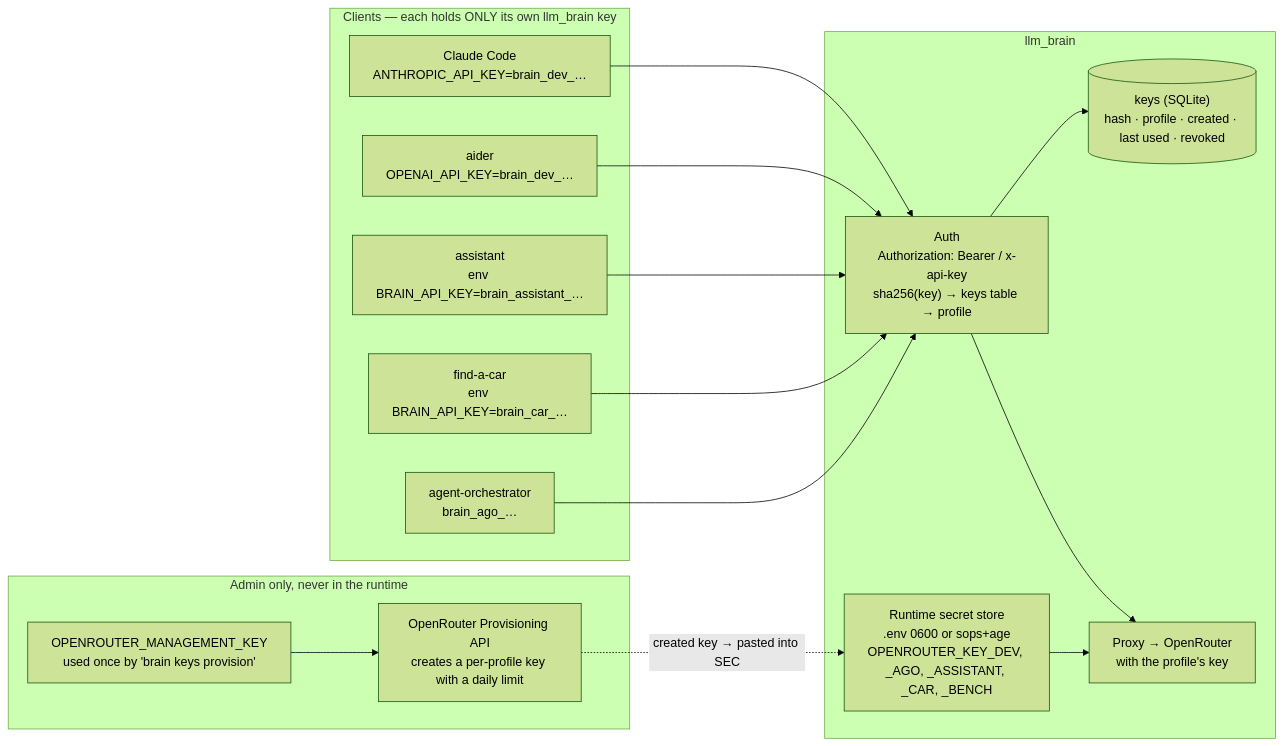
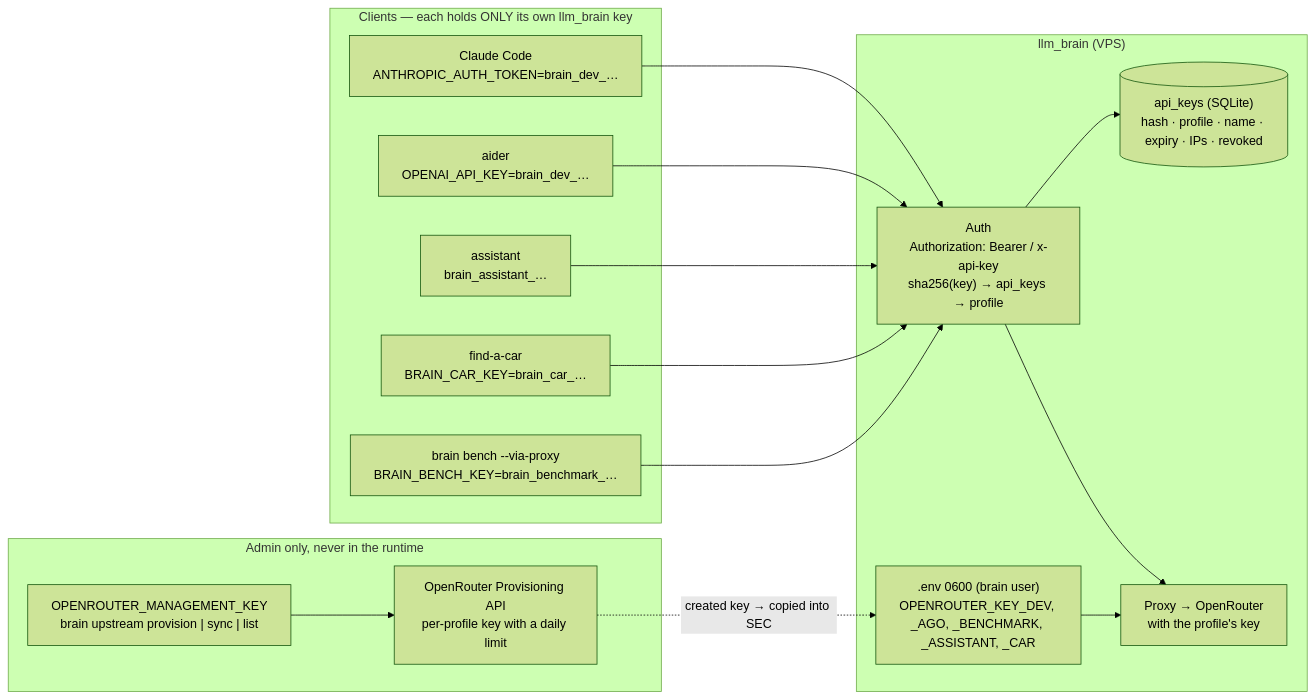
Before and after one commit to pjcau/llm_brain: the diagram in docs/architecture/secrets.md, drawn with Mermaid (forest theme). The commit also changed other lines of this file and 42 other files, not shown here.

````diff
--- a/docs/architecture/secrets.md
+++ b/docs/architecture/secrets.md
@@ -12,27 +11,27 @@
 ```mermaid
 flowchart LR
     subgraph CLIENTS["Clients — each holds ONLY its own llm_brain key"]
-        CC["Claude Code<br/>ANTHROPIC_API_KEY=brain_dev_…"]
+        CC["Claude Code<br/>ANTHROPIC_AUTH_TOKEN=brain_dev_…"]
         AID["aider<br/>OPENAI_API_KEY=brain_dev_…"]
-        AST["assistant<br/>env BRAIN_API_KEY=brain_assistant_…"]
-        CAR["find-a-car<br/>env BRAIN_API_KEY=brain_car_…"]
-        AGO["agent-orchestrator<br/>brain_ago_…"]
+        AST["assistant<br/>brain_assistant_…"]
+        CAR["find-a-car<br/>BRAIN_CAR_KEY=brain_car_…"]
+        BEN["brain bench --via-proxy<br/>BRAIN_BENCH_KEY=brain_benchmark_…"]
     end
 
-    subgraph BRAIN["llm_brain"]
-        AUTH["Auth<br/>Authorization: Bearer / x-api-key<br/>sha256(key) → keys table → profile"]
-        KEYS[("keys (SQLite)<br/>hash · profile · created · last used · revoked")]
-        SEC["Runtime secret store<br/>.env 0600 or sops+age<br/>OPENROUTER_KEY_DEV, _AGO, _ASSISTANT, _CAR, _BENCH"]
+    subgraph BRAIN["llm_brain (VPS)"]
+        AUTH["Auth<br/>Authorization: Bearer / x-api-key<br/>sha256(key) → api_keys → profile"]
+        KEYS[("api_keys (SQLite)<br/>hash · profile · name · expiry · IPs · revoked")]
+        SEC[".env 0600 (brain user)<br/>OPENROUTER_KEY_DEV, _AGO, _BENCHMARK, _ASSISTANT, _CAR"]
         PRX["Proxy → OpenRouter<br/>with the profile's key"]
     end
 
     subgraph ADMIN["Admin only, never in the runtime"]
-        MGMT["OPENROUTER_MANAGEMENT_KEY<br/>used once by 'brain keys provision'"]
-        PROV["OpenRouter Provisioning API<br/>creates a per-profile key with a daily limit"]
+        MGMT["OPENROUTER_MANAGEMENT_KEY<br/>brain upstream provision | sync | list"]
+        PROV["OpenRouter Provisioning API<br/>per-profile key with a daily limit"]
     end
 
-    CC & AID & AST & CAR & AGO --> AUTH --> KEYS
+    CC & AID & AST & CAR & BEN --> AUTH --> KEYS
     AUTH --> PRX
     SEC --> PRX
-    MGMT --> PROV -. "created key → pasted into SEC" .-> SEC
+    MGMT --> PROV -. "created key → copied into SEC" .-> SEC
 ```
````
